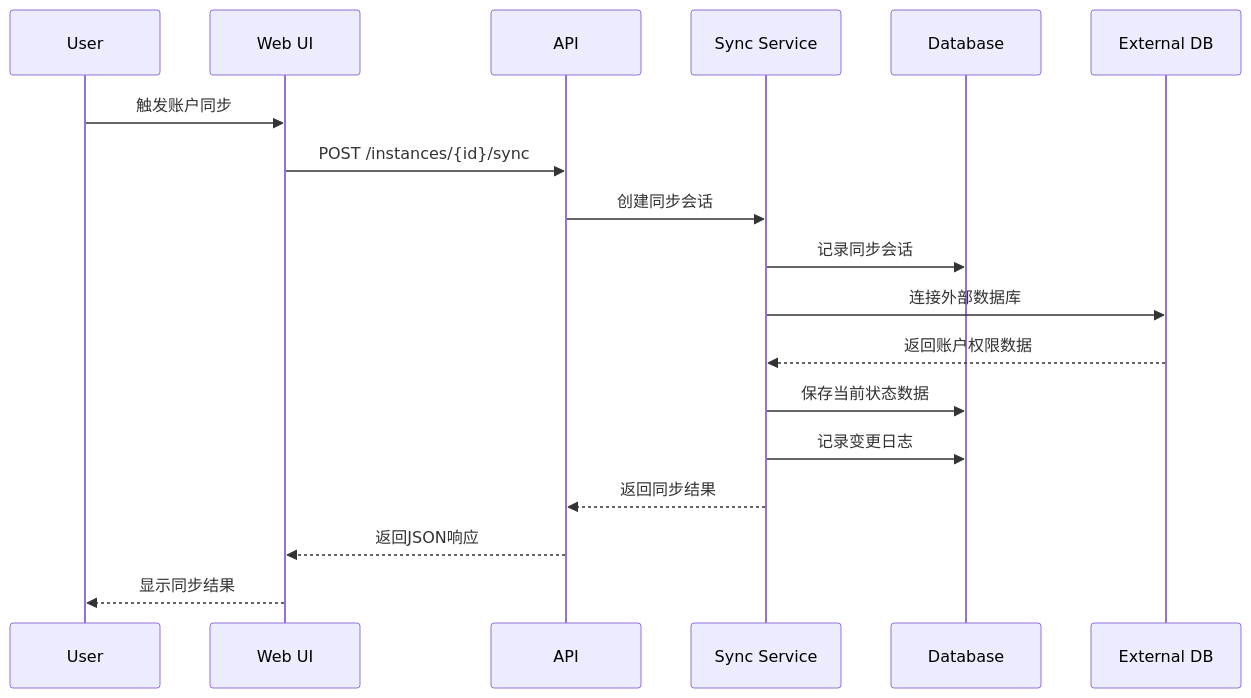
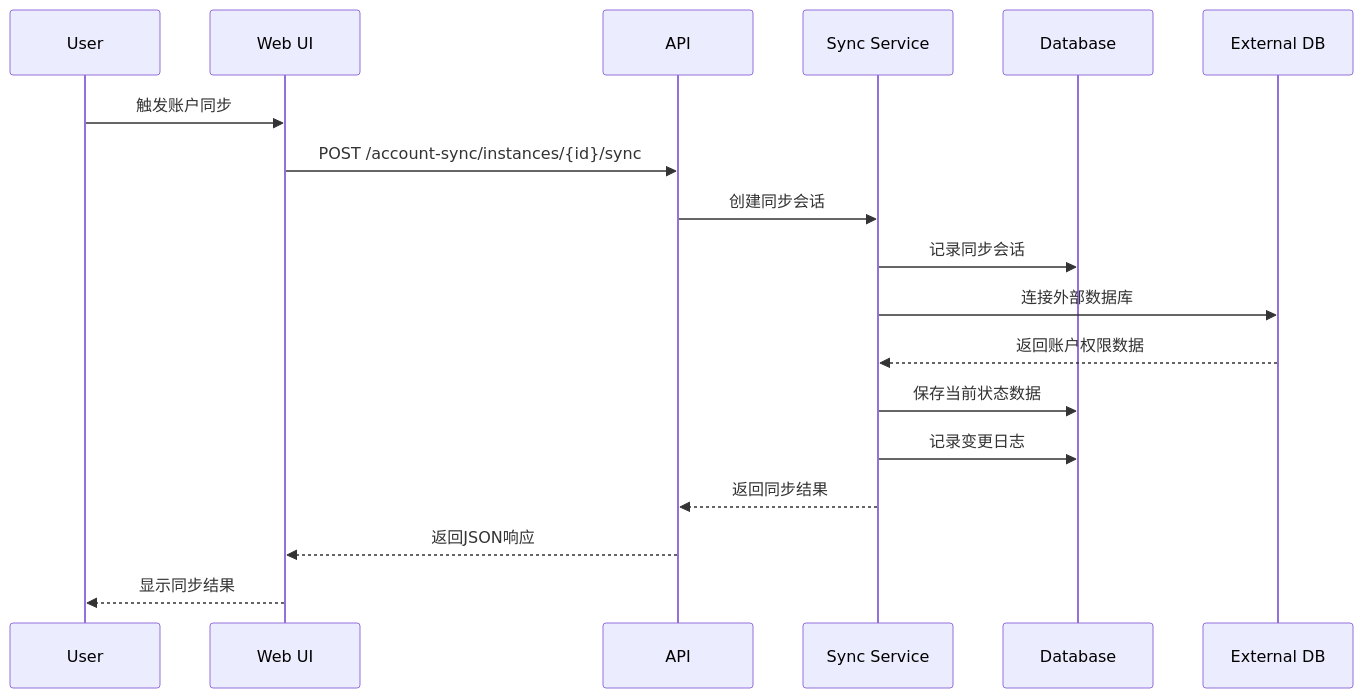
The fourth of 11 diagrams in docs/architecture/spec.md (nyealovey/WhaleFall), drawn with Mermaid before and after one commit. The commit also changed other lines of this file and 44 other files, not shown here.

````diff
--- a/docs/architecture/spec.md
+++ b/docs/architecture/spec.md
@@ -363,21 +363,21 @@
 ```mermaid
 sequenceDiagram
     participant U as User
     participant W as Web UI
     participant A as API
     participant S as Sync Service
     participant D as Database
     participant E as External DB
     
     U->>W: 触发账户同步
-    W->>A: POST /instances/{id}/sync
+    W->>A: POST /account-sync/instances/{id}/sync
     A->>S: 创建同步会话
     S->>D: 记录同步会话
     S->>E: 连接外部数据库
     E-->>S: 返回账户权限数据
     S->>D: 保存当前状态数据
     S->>D: 记录变更日志
     S-->>A: 返回同步结果
     A-->>W: 返回JSON响应
     W-->>U: 显示同步结果
 ```
````
